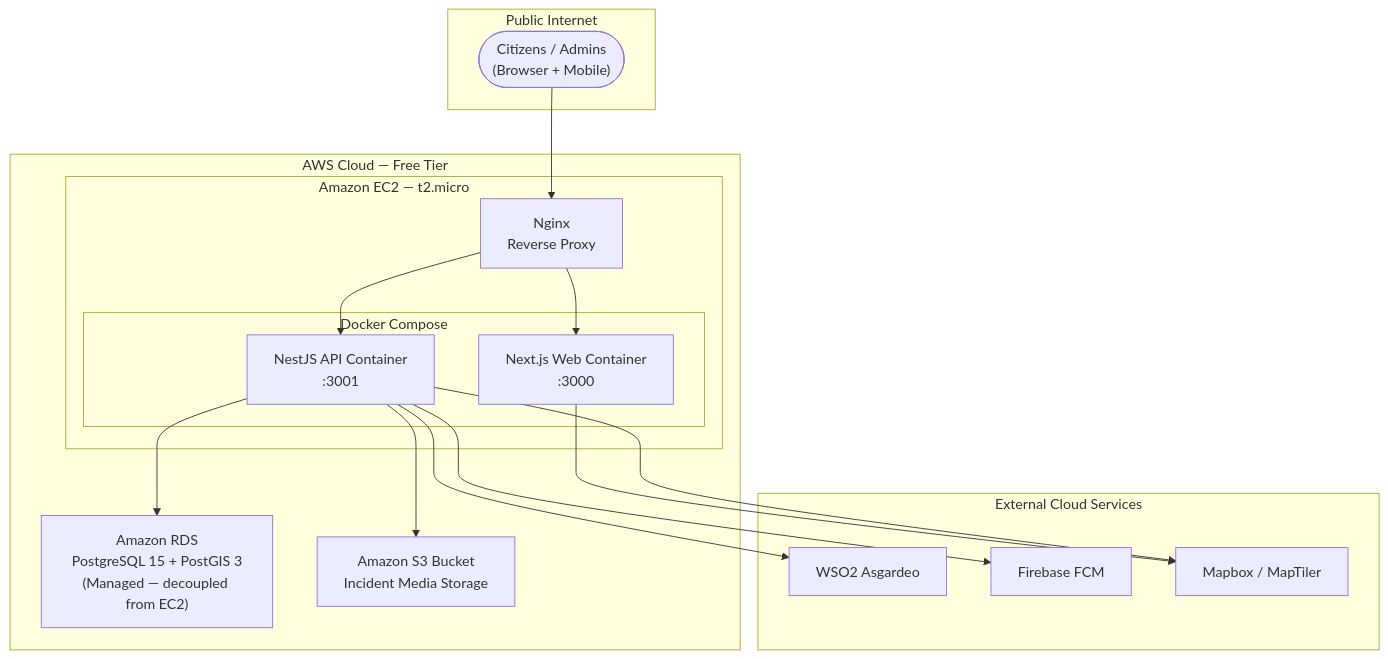
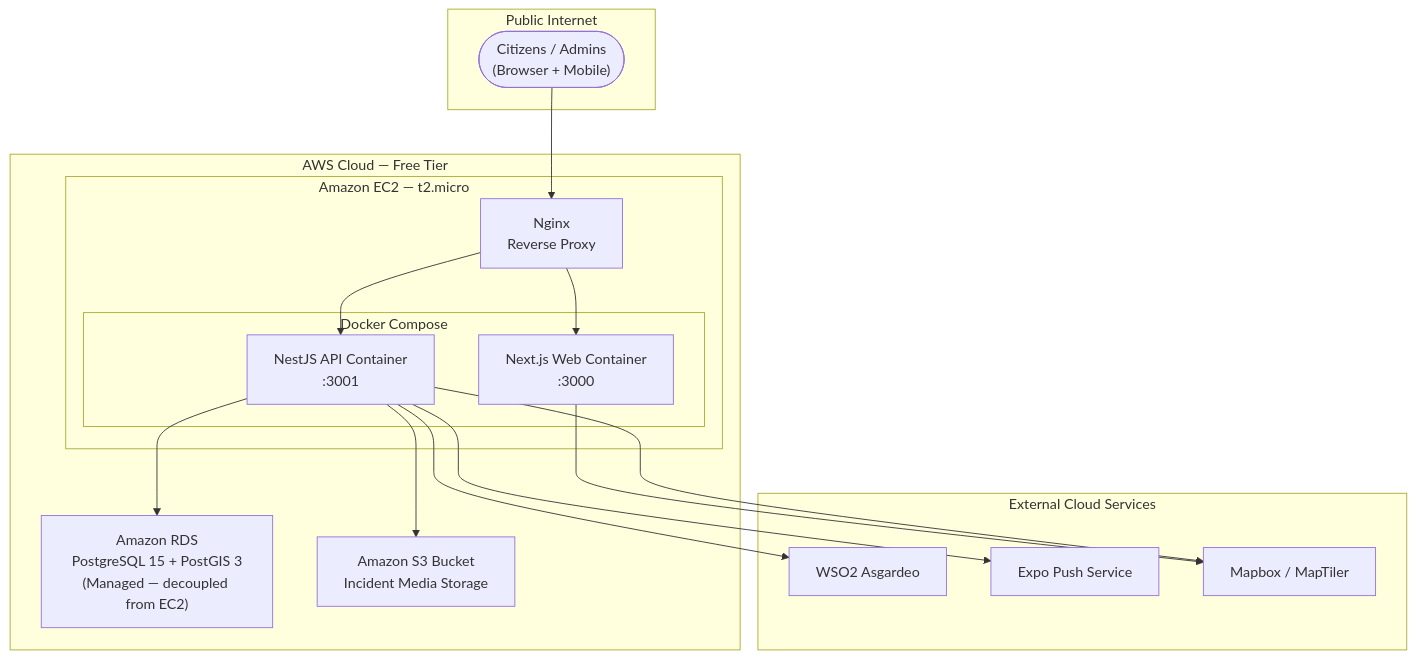
The third of 3 diagrams in docs/02-architecture/system-context.md (ecotrack-Group15-CS3203/ecotrack-docs), drawn with Mermaid before and after one commit. The commit also changed other lines of this file and 13 other files, not shown here.

````diff
--- a/docs/02-architecture/system-context.md
+++ b/docs/02-architecture/system-context.md
@@ -101,35 +101,35 @@
 ```mermaid
 graph TD
   subgraph INTERNET["Public Internet"]
     USERS(["Citizens / Admins\n(Browser + Mobile)"])
   end
 
   subgraph AWS["AWS Cloud — Free Tier"]
     subgraph EC2["Amazon EC2 — t2.micro"]
       NGINX["Nginx\nReverse Proxy"]
       subgraph DOCKER["Docker Compose"]
         API_C["NestJS API Container\n:3001"]
         WEB_C["Next.js Web Container\n:3000"]
       end
     end
 
     RDS["Amazon RDS\nPostgreSQL 15 + PostGIS 3\n(Managed — decoupled from EC2)"]
     S3_B["Amazon S3 Bucket\nIncident Media Storage"]
   end
 
   subgraph EXT["External Cloud Services"]
     ASGARDEO_E["WSO2 Asgardeo"]
-    FIREBASE_E["Firebase FCM"]
+    EXPO_E["Expo Push Service"]
     MAPBOX_E["Mapbox / MapTiler"]
   end
 
   USERS --> NGINX
   NGINX --> WEB_C
   NGINX --> API_C
   API_C --> RDS
   API_C --> S3_B
   API_C --> ASGARDEO_E
-  API_C --> FIREBASE_E
+  API_C --> EXPO_E
   WEB_C --> MAPBOX_E
   API_C --> MAPBOX_E
 ```
````
